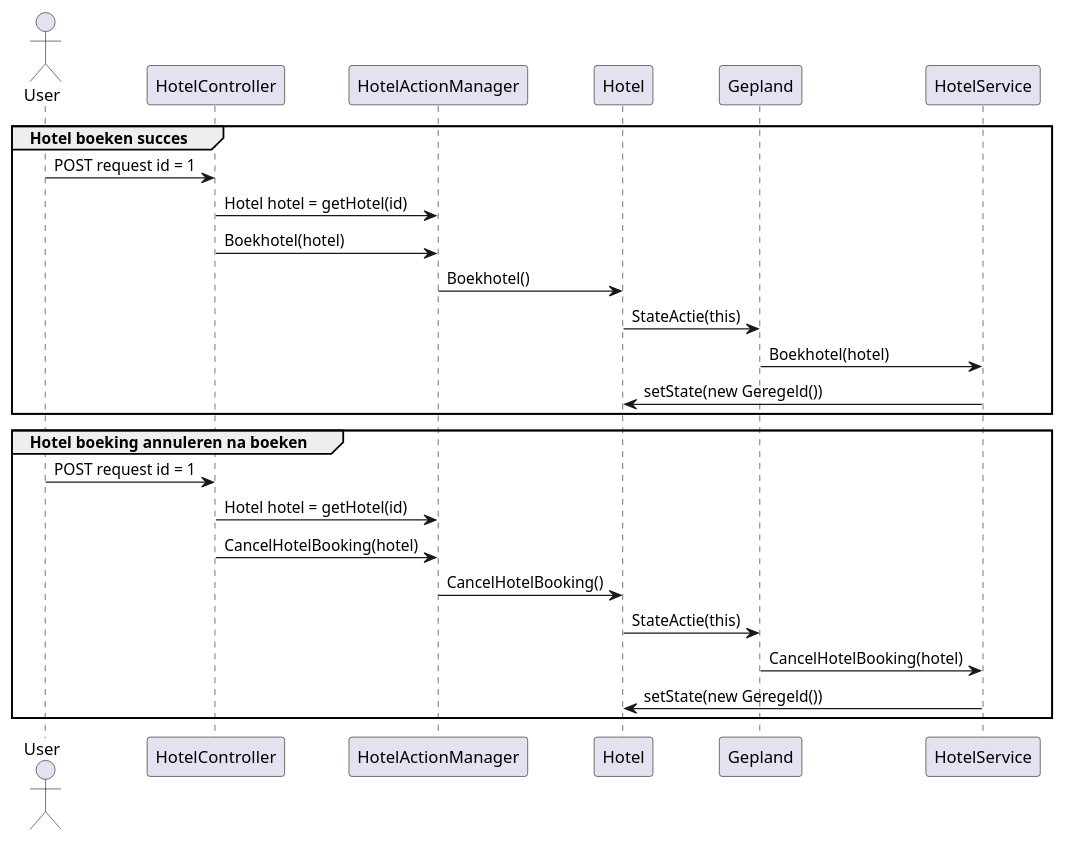
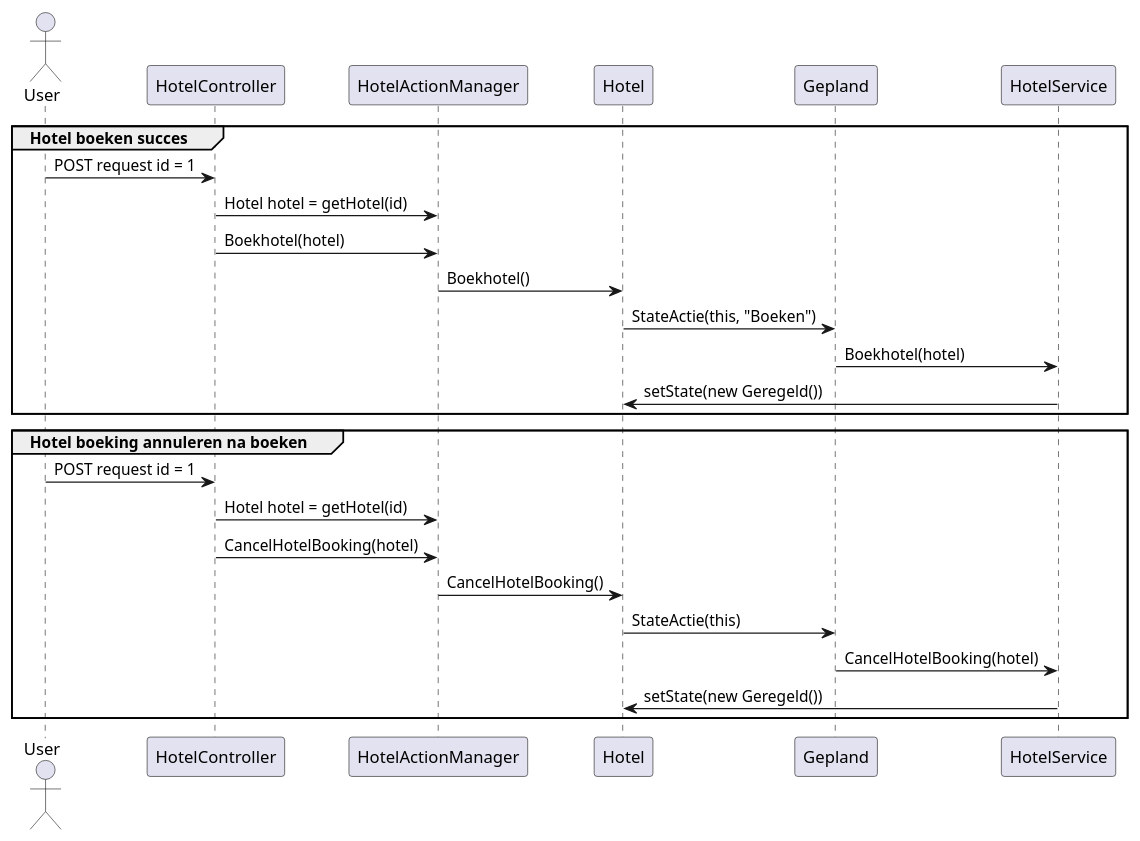
One commit to AIM-ENE-feb25/triptop-groep-b4 changed the diagram in C4_diagrammen/SequencyDiagramStatePatternJordy.puml. Above: the diagram before and after it, drawn with PlantUML. The commit also changed 1 other file, not shown here.

```diff
--- a/C4_diagrammen/SequencyDiagramStatePatternJordy.puml
+++ b/C4_diagrammen/SequencyDiagramStatePatternJordy.puml
@@ -1,23 +1,23 @@
 @startuml State Pattern Sequence Diagram Jordy
 actor User
 
 group Hotel boeken succes
     User -> HotelController : POST request id = 1
     HotelController -> HotelActionManager :Hotel hotel = getHotel(id)
     HotelController -> HotelActionManager :Boekhotel(hotel)
     HotelActionManager -> Hotel: Boekhotel()
-    Hotel -> Gepland : StateActie(this)
+    Hotel -> Gepland : StateActie(this, "Boeken")
     Gepland -> HotelService : Boekhotel(hotel)
     HotelService -> Hotel : setState(new Geregeld())
 end
 
 group Hotel boeking annuleren na boeken
     User -> HotelController : POST request id = 1
     HotelController -> HotelActionManager :Hotel hotel = getHotel(id)
     HotelController -> HotelActionManager :CancelHotelBooking(hotel)
     HotelActionManager -> Hotel: CancelHotelBooking()
     Hotel -> Gepland : StateActie(this)
     Gepland -> HotelService : CancelHotelBooking(hotel)
     HotelService -> Hotel : setState(new Geregeld())
 end
 @enduml
```
